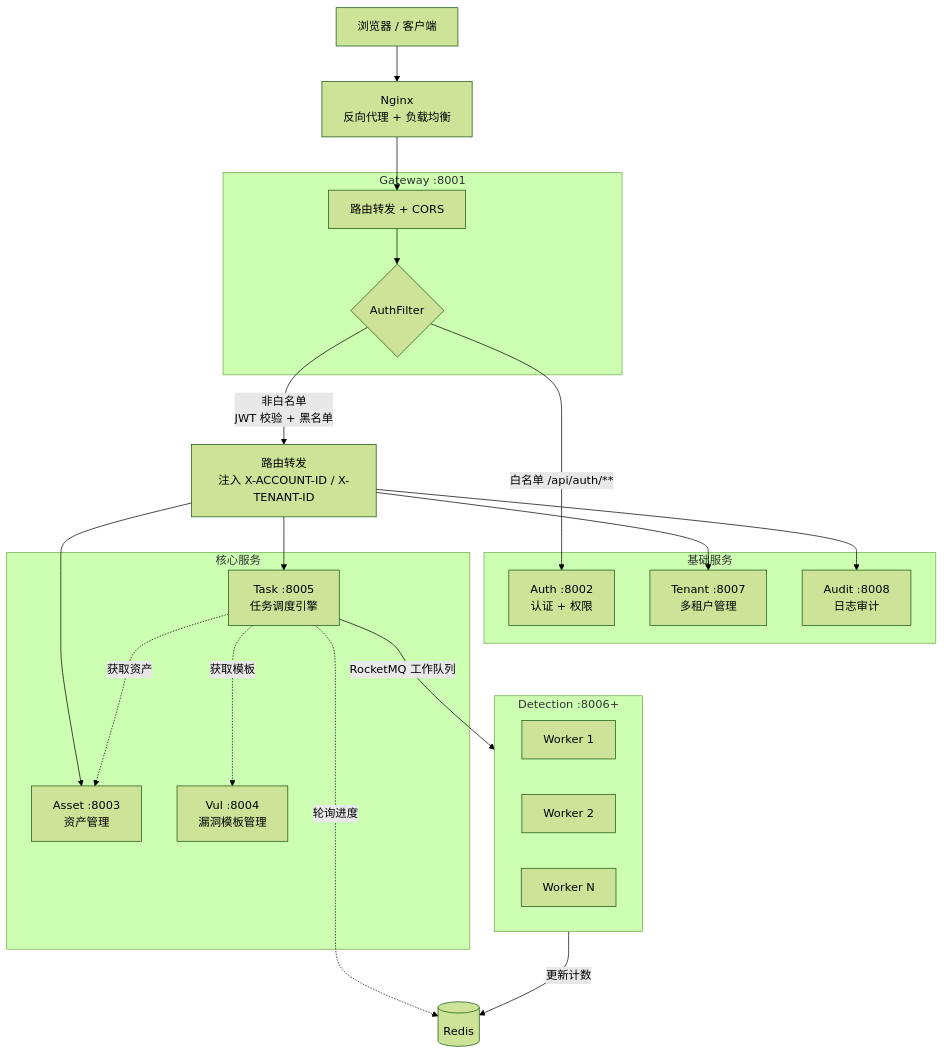
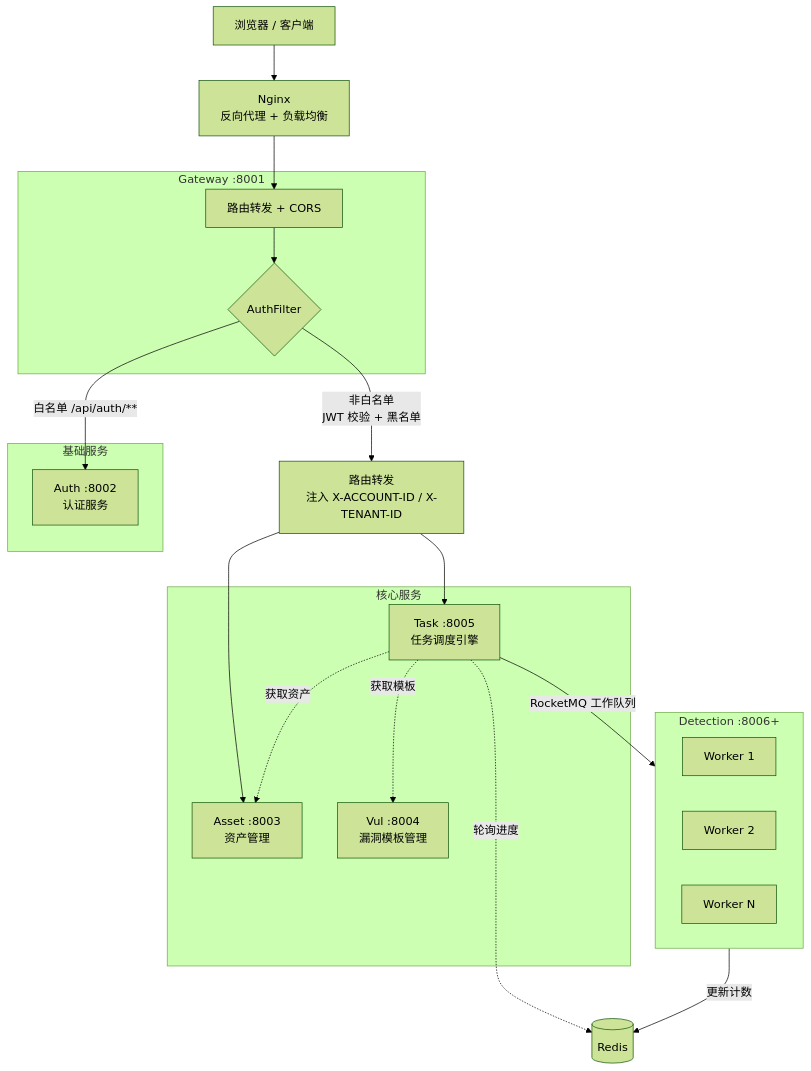
Before and after one commit to spojchil/hawkeye-cloud: the first of 4 diagrams in docs/架构设计.md, drawn with Mermaid (forest theme). The commit also changed other lines of this file and 191 other files, not shown here.

````diff
--- a/docs/架构设计.md
+++ b/docs/架构设计.md
@@ -5,43 +5,39 @@
 ```mermaid
 graph TD
     Browser[浏览器 / 客户端] --> Nginx[Nginx<br/>反向代理 + 负载均衡]
     Nginx --> GW
 
     subgraph Gateway ["Gateway :8001"]
         GW[路由转发 + CORS]
         GW --> AuthFilter{AuthFilter}
     end
 
     AuthFilter -->|白名单 /api/auth/**| Auth
     AuthFilter -->|非白名单<br/>JWT 校验 + 黑名单| Route[路由转发<br/>注入 X-ACCOUNT-ID / X-TENANT-ID]
 
     subgraph 基础服务
-        Auth[Auth :8002<br/>认证 + 权限]
-        Tenant[Tenant :8007<br/>多租户管理]
-        Audit[Audit :8008<br/>日志审计]
+        Auth[Auth :8002<br/>认证服务]
     end
 
     subgraph 核心服务
         Asset[Asset :8003<br/>资产管理]
         Vul[Vul :8004<br/>漏洞模板管理]
         Task[Task :8005<br/>任务调度引擎]
     end
 
     Route --> Asset
     Route --> Task
-    Route --> Tenant
-    Route --> Audit
 
     Task -->|RocketMQ 工作队列| Detection
 
     subgraph Detection ["Detection :8006+"]
         Worker1[Worker 1]
         Worker2[Worker 2]
         WorkerN[Worker N]
     end
 
     Detection -->|更新计数| Redis[(Redis)]
     Task -.->|轮询进度| Redis
     Task -.->|获取资产| Asset
     Task -.->|获取模板| Vul
 ```
````
